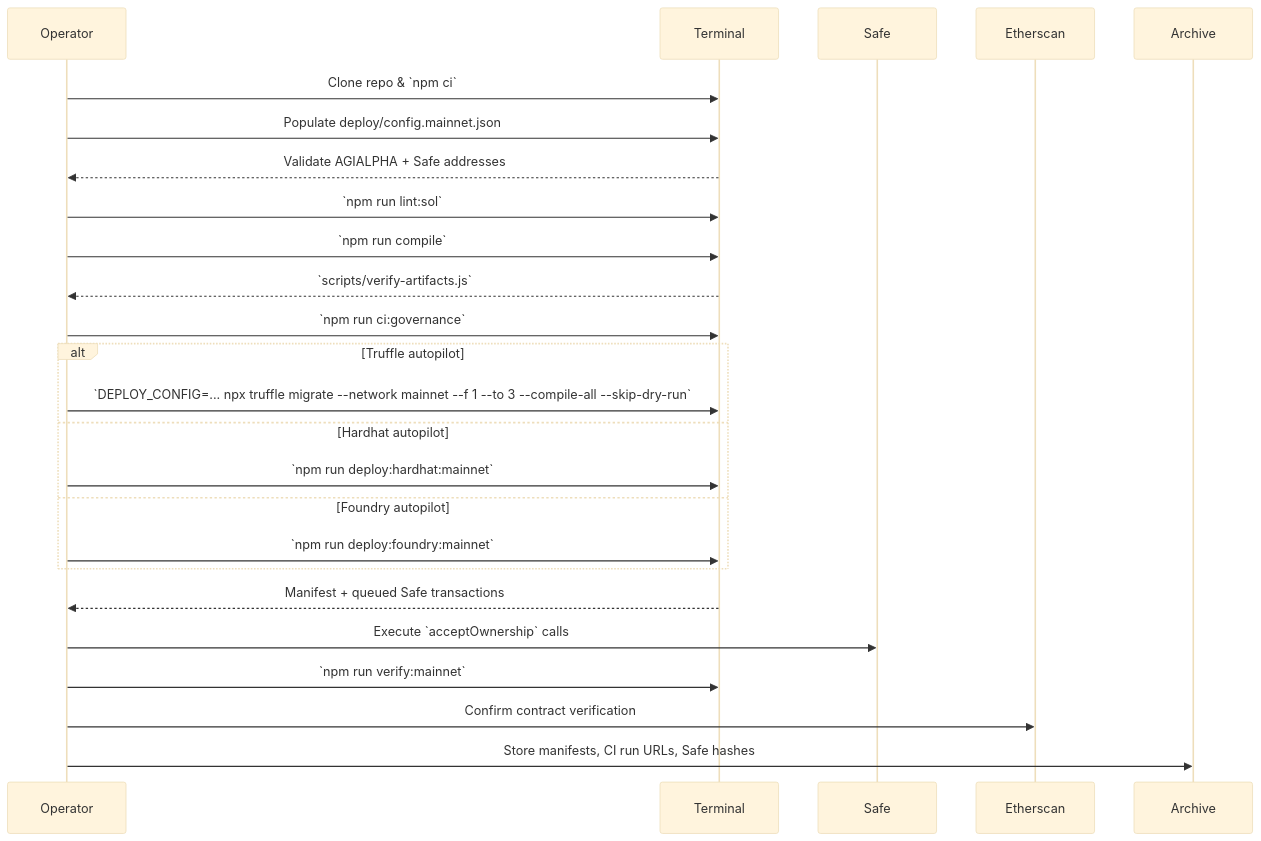
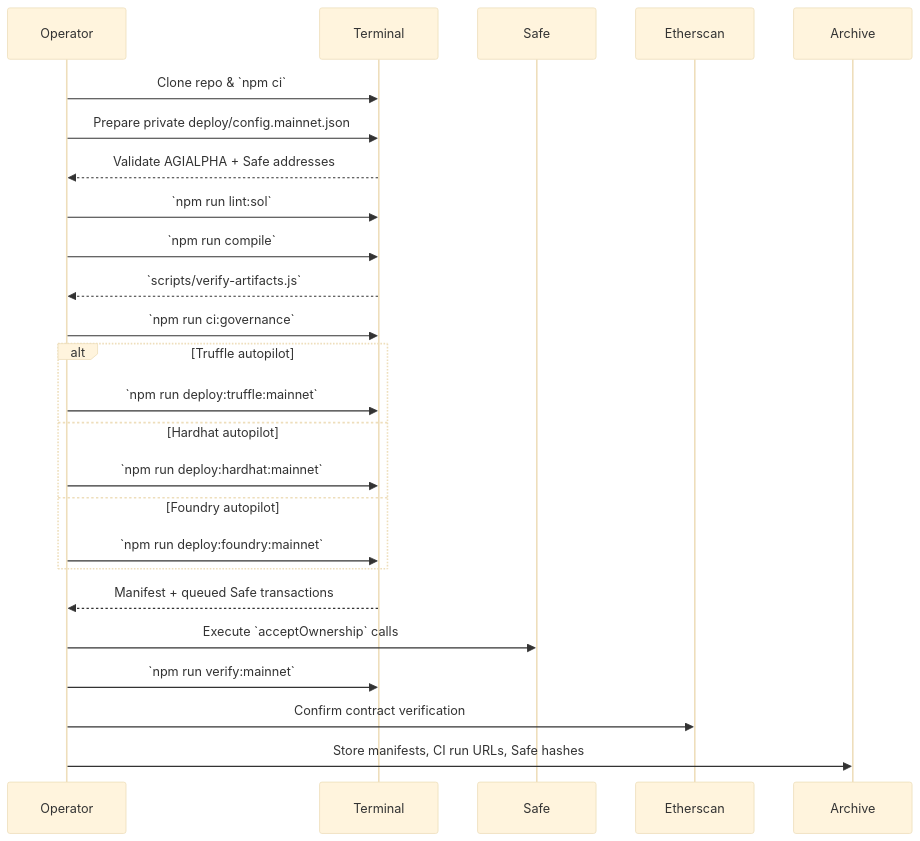
One commit to MontrealAI/agijobs-sovereign-labor-v0p1 changed the sixth of 6 diagrams in README.md. Above: the diagram before and after it, drawn with Mermaid (base theme). The commit also changed other lines of this file and 6 other files, not shown here.

````diff
--- a/README.md
+++ b/README.md
@@ -266,27 +266,27 @@
 ```mermaid
 sequenceDiagram
     participant Operator
     participant Terminal
     participant Safe
     participant Etherscan
 
     Operator->>Terminal: Clone repo & `npm ci`
-    Operator->>Terminal: Populate deploy/config.mainnet.json
+    Operator->>Terminal: Prepare private deploy/config.mainnet.json
     Terminal-->>Operator: Validate AGIALPHA + Safe addresses
     Operator->>Terminal: `npm run lint:sol`
     Operator->>Terminal: `npm run compile`
     Terminal-->>Operator: `scripts/verify-artifacts.js`
     Operator->>Terminal: `npm run ci:governance`
     alt Truffle autopilot
-        Operator->>Terminal: `DEPLOY_CONFIG=... npx truffle migrate --network mainnet --f 1 --to 3 --compile-all --skip-dry-run`
+        Operator->>Terminal: `npm run deploy:truffle:mainnet`
     else Hardhat autopilot
         Operator->>Terminal: `npm run deploy:hardhat:mainnet`
     else Foundry autopilot
         Operator->>Terminal: `npm run deploy:foundry:mainnet`
     end
     Terminal-->>Operator: Manifest + queued Safe transactions
     Operator->>Safe: Execute `acceptOwnership` calls
     Operator->>Terminal: `npm run verify:mainnet`
     Operator->>Etherscan: Confirm contract verification
     Operator->>Archive: Store manifests, CI run URLs, Safe hashes
 ```
````
